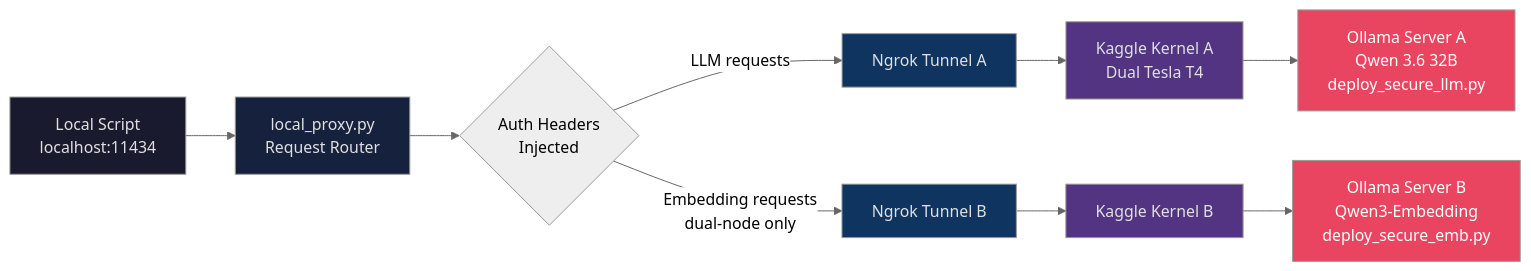
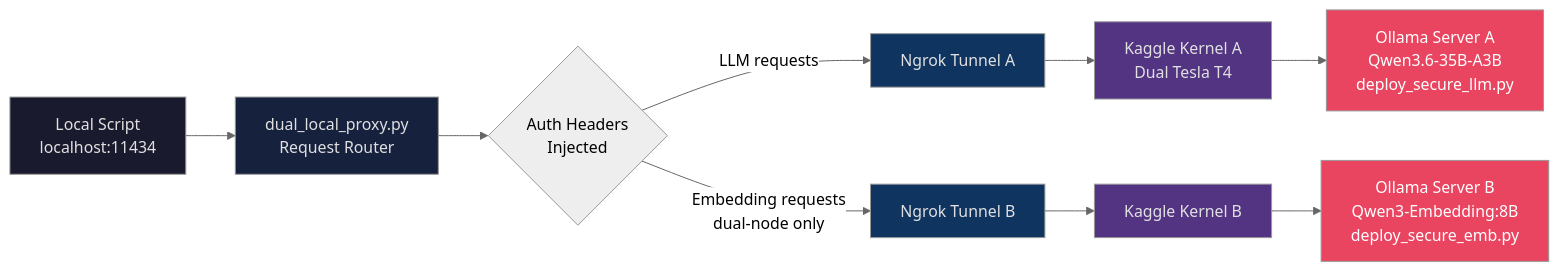
One commit to Shreyash-Gaur/ShadowGPU changed the diagram in README.md. Above: the diagram before and after it, drawn with Mermaid (neutral theme).

Commit message:
Update mermaid diagram README.md

````diff
--- a/README.md
+++ b/README.md
@@ -13,22 +13,22 @@
 ```mermaid
 graph LR
-    A[Local Script<br/>localhost:11434] --> B[local_proxy.py<br/>Request Router]
+    A[Local Script<br/>localhost:11434] --> B[dual_local_proxy.py<br/>Request Router]
     B --> C{Auth Headers<br/>Injected}
 
     C -->|LLM requests| D1[Ngrok Tunnel A]
     D1 --> E1[Kaggle Kernel A<br/>Dual Tesla T4]
-    E1 --> F1[Ollama Server A<br/>Qwen 3.6 32B<br/>deploy_secure_llm.py]
+    E1 --> F1[Ollama Server A<br/>Qwen3.6-35B-A3B<br/>deploy_secure_llm.py]
 
     C -->|Embedding requests<br/>dual-node only| D2[Ngrok Tunnel B]
     D2 --> E2[Kaggle Kernel B]
-    E2 --> F2[Ollama Server B<br/>Qwen3-Embedding<br/>deploy_secure_emb.py]
+    E2 --> F2[Ollama Server B<br/>Qwen3-Embedding:8B<br/>deploy_secure_emb.py]
 
     style A fill:#1a1a2e,color:#e0e0e0
     style B fill:#16213e,color:#e0e0e0
     style D1 fill:#0f3460,color:#e0e0e0
     style D2 fill:#0f3460,color:#e0e0e0
     style E1 fill:#533483,color:#e0e0e0
     style E2 fill:#533483,color:#e0e0e0
     style F1 fill:#e94560,color:#fff
     style F2 fill:#e94560,color:#fff
 ```
````
